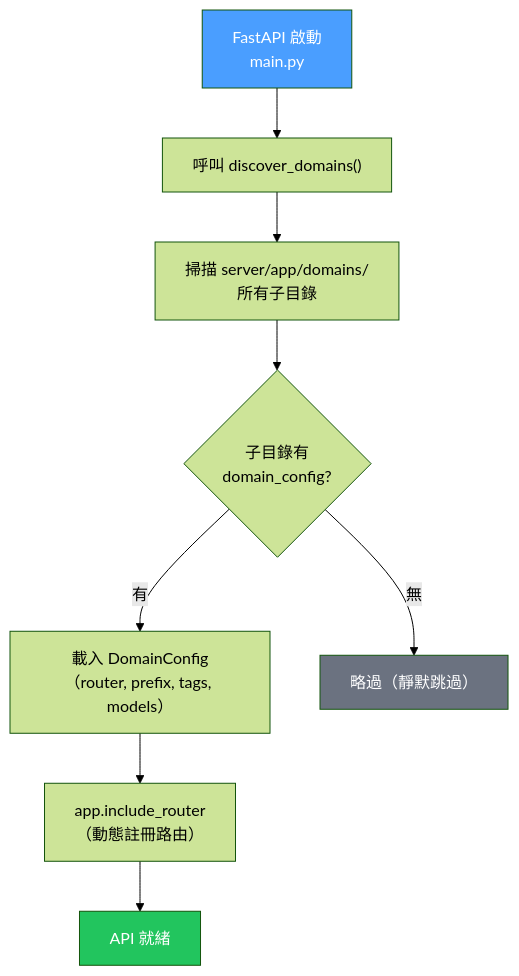
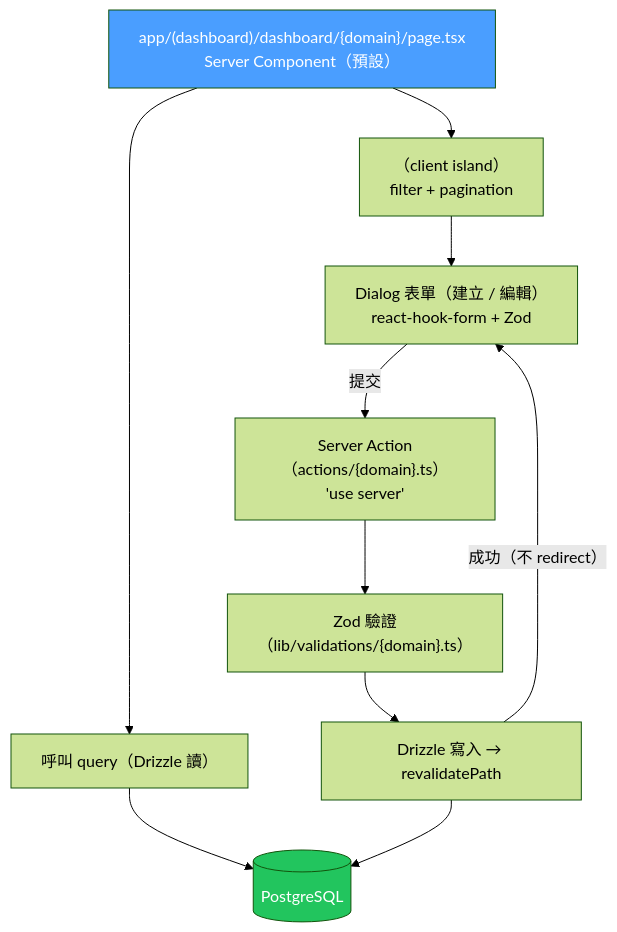
One commit to cloud-f1/shutien-p2-lab3-nexjs-template changed the first of 3 diagrams in docs/diagrams/domain-structure.md. Above: the diagram before and after it, drawn with Mermaid (forest theme). The commit also changed other lines of this file and 71 other files, not shown here.

````diff
--- a/docs/diagrams/domain-structure.md
+++ b/docs/diagrams/domain-structure.md
@@ -10,23 +11,21 @@
 ```mermaid
 graph TD
-    Start["FastAPI 啟動<br/>main.py"]
-    Call["呼叫 discover_domains()"]
-    Scan["掃描 server/app/domains/<br/>所有子目錄"]
-    Check{"子目錄有<br/>domain_config?"}
-    Load["載入 DomainConfig<br/>（router, prefix, tags, models）"]
-    Skip["略過（靜默跳過）"]
-    Register["app.include_router<br/>（動態註冊路由）"]
-    Ready["API 就緒"]
+    Page["app/(dashboard)/dashboard/{domain}/page.tsx<br/>Server Component（預設）"]
+    Read["呼叫 query（Drizzle 讀）"]
+    Table["<DataTable />（client island）<br/>filter + pagination"]
+    Modal["Dialog 表單（建立 / 編輯）<br/>react-hook-form + Zod"]
+    Action["Server Action（actions/{domain}.ts）<br/>'use server'"]
+    Validate["Zod 驗證（lib/validations/{domain}.ts）"]
+    Write["Drizzle 寫入 → revalidatePath"]
+    DB[("PostgreSQL")]
 
-    Start --> Call
-    Call --> Scan
-    Scan --> Check
-    Check -->|有| Load
-    Check -->|無| Skip
-    Load --> Register
-    Register --> Ready
+    Page --> Read --> DB
+    Page --> Table
+    Table --> Modal
+    Modal -->|提交| Action
+    Action --> Validate --> Write --> DB
+    Write -->|成功（不 redirect）| Modal
 
-    style Start fill:#4a9eff,color:#fff
-    style Ready fill:#22c55e,color:#fff
-    style Skip fill:#6b7280,color:#fff
+    style Page fill:#4a9eff,color:#fff
+    style DB fill:#22c55e,color:#fff
 ```
````
